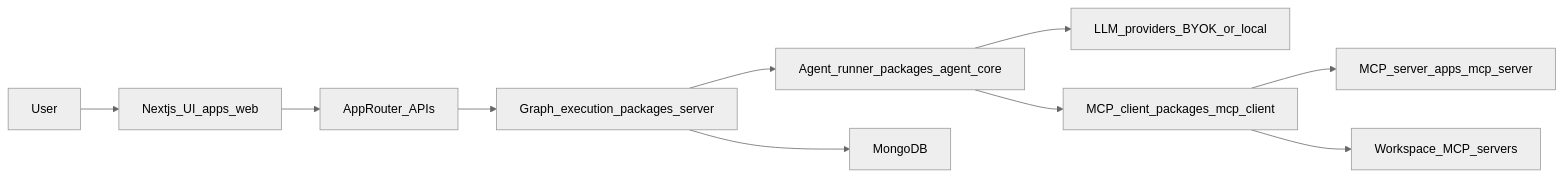
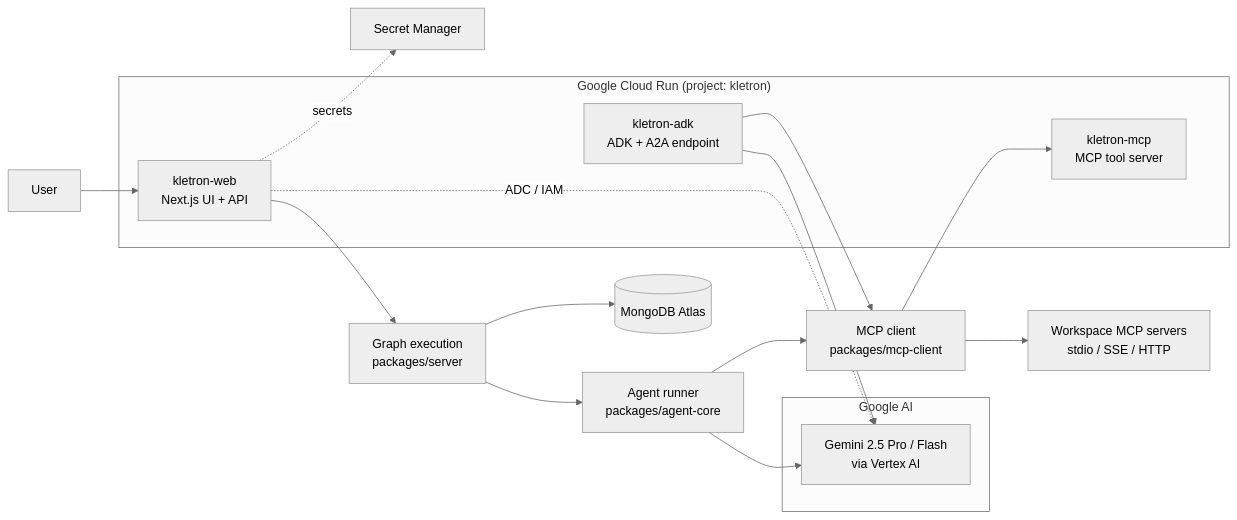
Before and after one commit to rom-ai-in/kletron: the diagram in ARCHITECTURE.md, drawn with Mermaid (neutral theme). The commit also changed other lines of this file and 72 other files, not shown here.

First line of the commit message:
hackathon: ship Vertex AI + ADK refactor on Cloud Run

````diff
--- a/ARCHITECTURE.md
+++ b/ARCHITECTURE.md
@@ -7,23 +7,34 @@
 ```mermaid
 flowchart LR
   user[User]
-  webUI[Nextjs_UI_apps_web]
-  apiRoutes[AppRouter_APIs]
-  graphExec[Graph_execution_packages_server]
-  agentCore[Agent_runner_packages_agent_core]
-  llm[LLM_providers_BYOK_or_local]
-  mcpClient[MCP_client_packages_mcp_client]
-  bundledMcp[MCP_server_apps_mcp_server]
-  userMcp[Workspace_MCP_servers]
-  mongo[MongoDB]
+
+  subgraph cloudrun["Google Cloud Run (project: kletron)"]
+    webUI[kletron-web<br/>Next.js UI + API]
+    bundledMcp[kletron-mcp<br/>MCP tool server]
+    adk[kletron-adk<br/>ADK + A2A endpoint]
+  end
+
+  subgraph google["Google AI"]
+    gemini[Gemini 2.5 Pro / Flash<br/>via Vertex AI]
+  end
+
+  agentCore[Agent runner<br/>packages/agent-core]
+  graphExec[Graph execution<br/>packages/server]
+  mcpClient[MCP client<br/>packages/mcp-client]
+  userMcp[Workspace MCP servers<br/>stdio / SSE / HTTP]
+  mongo[(MongoDB Atlas)]
+  secrets[Secret Manager]
 
   user --> webUI
-  webUI --> apiRoutes
-  apiRoutes --> graphExec
+  webUI --> graphExec
   graphExec --> agentCore
-  agentCore --> llm
+  agentCore --> gemini
+  adk --> gemini
   agentCore --> mcpClient
+  adk --> mcpClient
   mcpClient --> bundledMcp
   mcpClient --> userMcp
   graphExec --> mongo
+  webUI -. ADC / IAM .-> gemini
+  webUI -. secrets .-> secrets
 ```
````
